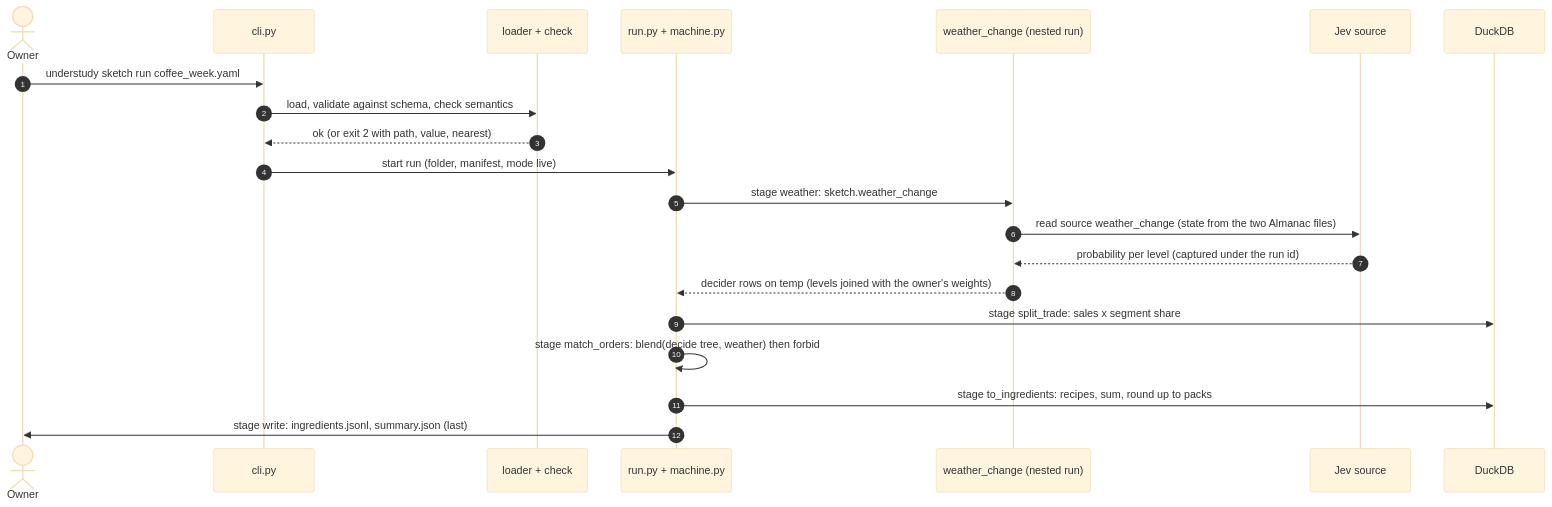
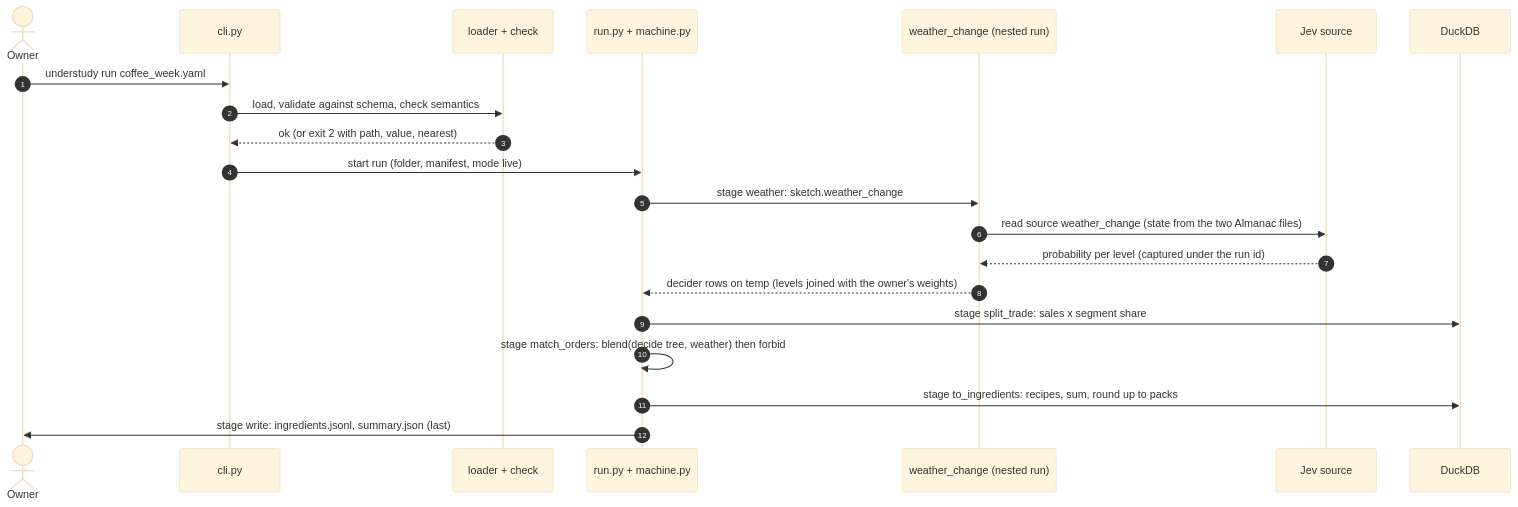
Before and after one commit to drusifer/understudy: the third of 3 diagrams in docs/sprints/ARCH_SPRINT19.md, drawn with Mermaid (base theme). The commit also changed other lines of this file and 2 other files, not shown here.

First line of the commit message:
The command is understudy run; old Node run and check are replaced, other old commands may break

````diff
--- a/docs/sprints/ARCH_SPRINT19.md
+++ b/docs/sprints/ARCH_SPRINT19.md
@@ -77,24 +77,24 @@
 ```mermaid
 sequenceDiagram
     autonumber
     actor Owner
     participant CLI as cli.py
     participant Chk as loader + check
     participant Run as run.py + machine.py
     participant Sub as weather_change (nested run)
     participant Jev as Jev source
     participant Db as DuckDB
 
-    Owner->>CLI: understudy sketch run coffee_week.yaml
+    Owner->>CLI: understudy run coffee_week.yaml
     CLI->>Chk: load, validate against schema, check semantics
     Chk-->>CLI: ok (or exit 2 with path, value, nearest)
     CLI->>Run: start run (folder, manifest, mode live)
     Run->>Sub: stage weather: sketch.weather_change
     Sub->>Jev: read source weather_change (state from the two Almanac files)
     Jev-->>Sub: probability per level (captured under the run id)
     Sub-->>Run: decider rows on temp (levels joined with the owner's weights)
     Run->>Db: stage split_trade: sales x segment share
     Run->>Run: stage match_orders: blend(decide tree, weather) then forbid
     Run->>Db: stage to_ingredients: recipes, sum, round up to packs
     Run->>Owner: stage write: ingredients.jsonl, summary.json (last)
 ```
````
